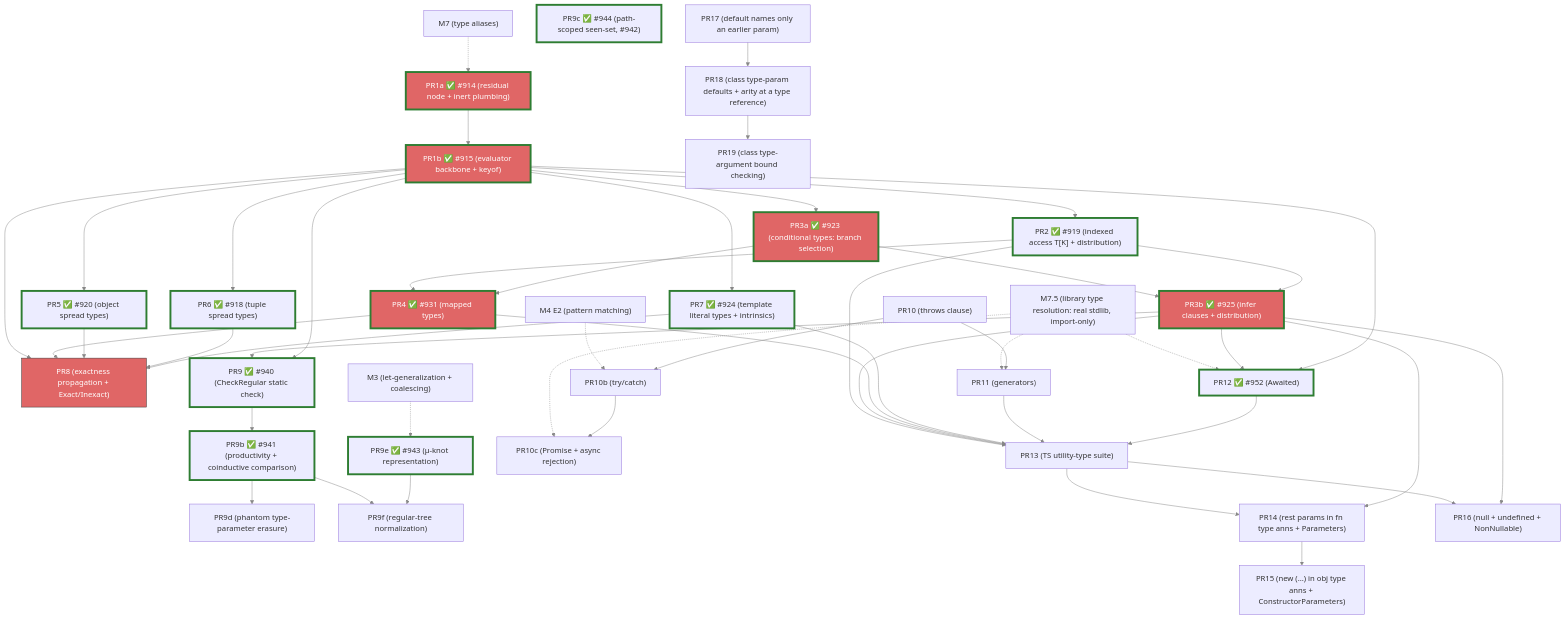
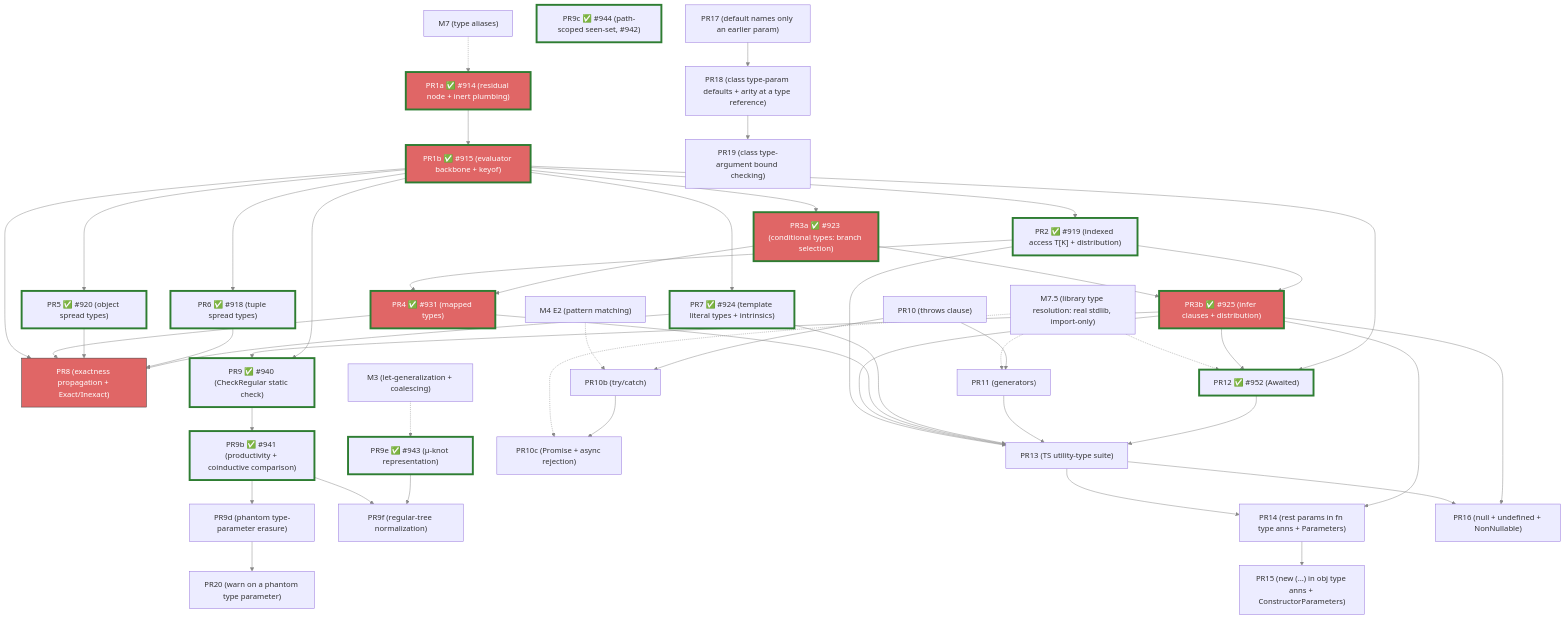
Before and after one commit to escalier-lang/escalier: the diagram in planning/simple_sub/m9-implementation-plan.md, drawn with Mermaid. The commit also changed other lines of this file, not shown here.

First line of the commit message:
Add PR20 to the M9 plan: warn on a phantom type parameter

```diff
--- a/planning/simple_sub/m9-implementation-plan.md
+++ b/planning/simple_sub/m9-implementation-plan.md
@@ -1575,6 +1653,7 @@
     PR17["PR17 (default names only an earlier param)"]
     PR18["PR18 (class type-param defaults + arity at a type reference)"]
     PR19["PR19 (class type-argument bound checking)"]
+    PR20["PR20 (warn on a phantom type parameter)"]
 
     M7 -.-> PR1a
     M75 -.-> PR10c
@@ -1622,6 +1701,7 @@
     PR3b --> PR16
     PR17 --> PR18
     PR18 --> PR19
+    PR9d --> PR20
 
     linkStyle default stroke:#888
     style PR1a fill:#e06666,stroke:#2e7d32,stroke-width:4px,color:#fff
```
